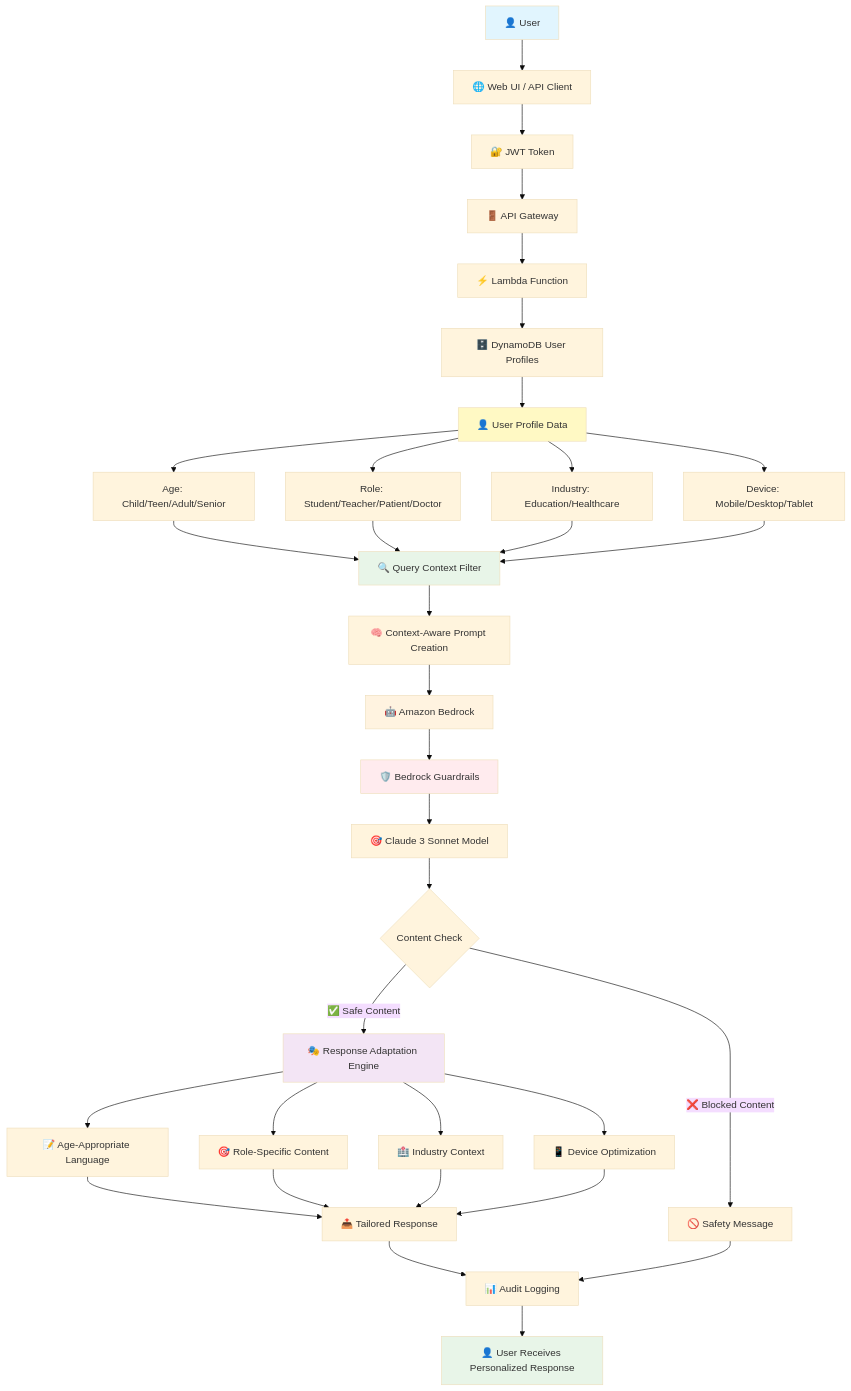
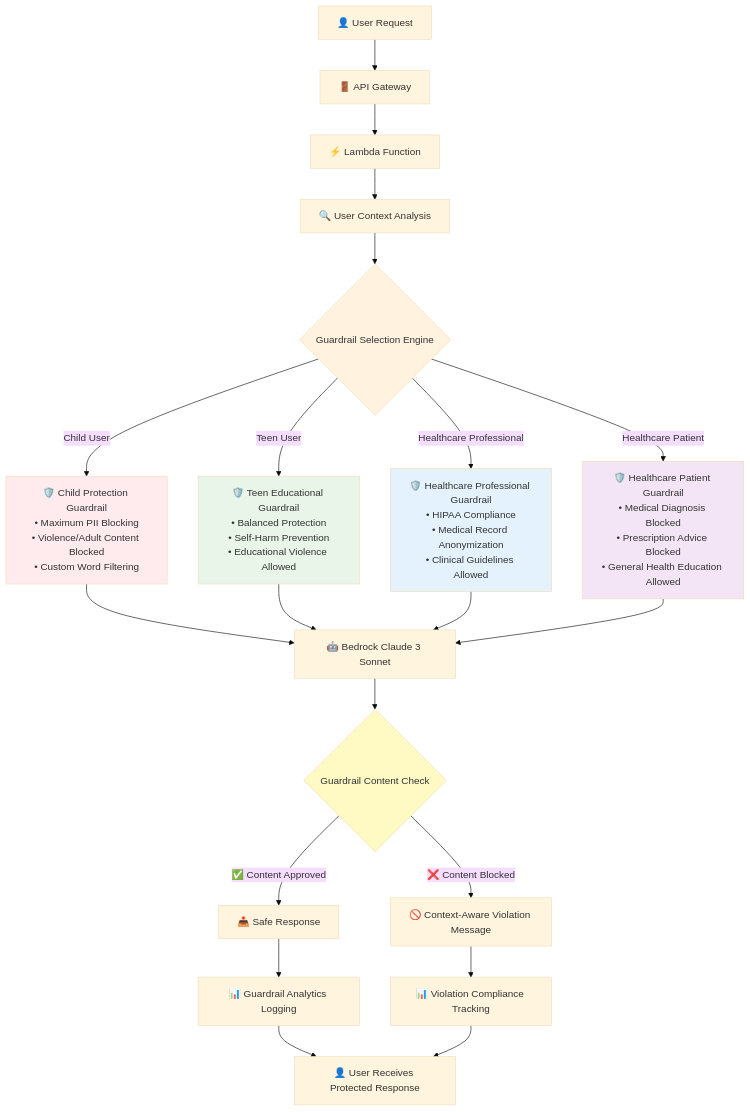
The first of 2 diagrams in README.md (aws-samples/sample-age-responsive-context-aware-ai-bedrock-guardrails), drawn with Mermaid (base theme) before and after one commit. The commit also changed other lines of this file and 59 other files, not shown here.

````diff
--- a/README.md
+++ b/README.md
@@ -102,49 +134,39 @@
 ```mermaid
 graph TD
-    A[👤 User] --> B[🌐 Web UI / API Client]
-    B --> C[🔐 JWT Token]
-    C --> D[🚪 API Gateway]
-    D --> E[⚡ Lambda Function]
-    E --> F[🗄️ DynamoDB User Profiles]
-    F --> G[👤 User Profile Data]
-    G --> H[Age: Child/Teen/Adult/Senior]
-    G --> I[Role: Student/Teacher/Patient/Doctor]
-    G --> J[Industry: Education/Healthcare]
-    G --> K[Device: Mobile/Desktop/Tablet]
+    A[👤 User Request] --> B[🚪 API Gateway]
+    B --> C[⚡ Lambda Function]
+    C --> D[🔍 User Context Analysis]
     
-    H --> L[🔍 Query Context Filter]
-    I --> L
-    J --> L
-    K --> L
+    D --> E{Guardrail Selection Engine}
     
-    L --> M[🧠 Context-Aware Prompt Creation]
-    M --> N[🤖 Amazon Bedrock]
-    N --> O[🛡️ Bedrock Guardrails]
-    O --> P[🎯 Claude 3 Sonnet Model]
-    P --> Q{Content Check}
+    E -->|Child User| F[🛡️ Child Protection Guardrail<br/>• Maximum PII Blocking<br/>• Violence/Adult Content Blocked<br/>• Custom Word Filtering]
     
-    Q -->|✅ Safe Content| R[🎭 Response Adaptation Engine]
-    Q -->|❌ Blocked Content| S[🚫 Safety Message]
+    E -->|Teen User| G[🛡️ Teen Educational Guardrail<br/>• Balanced Protection<br/>• Self-Harm Prevention<br/>• Educational Violence Allowed]
     
-    R --> T[📝 Age-Appropriate Language]
-    R --> U[🎯 Role-Specific Content]
-    R --> V[🏥 Industry Context]
-    R --> W[📱 Device Optimization]
+    E -->|Healthcare Professional| H[🛡️ Healthcare Professional Guardrail<br/>• HIPAA Compliance<br/>• Medical Record Anonymization<br/>• Clinical Guidelines Allowed]
     
-    T --> X[📤 Tailored Response]
-    U --> X
-    V --> X
-    W --> X
+    E -->|Healthcare Patient| I[🛡️ Healthcare Patient Guardrail<br/>• Medical Diagnosis Blocked<br/>• Prescription Advice Blocked<br/>• General Health Education Allowed]
     
-    X --> Y[📊 Audit Logging]
-    S --> Y
-    Y --> Z[👤 User Receives Personalized Response]
+    F --> J[🤖 Bedrock Claude 3 Sonnet]
+    G --> J
+    H --> J
+    I --> J
     
-    style A fill:#e1f5fe
-    style G fill:#fff9c4
-    style L fill:#e8f5e8
-    style R fill:#f3e5f5
-    style N fill:#fff3e0
-    style O fill:#ffebee
-    style Z fill:#e8f5e8
+    J --> K{Guardrail Content Check}
+    
+    K -->|✅ Content Approved| L[📤 Safe Response]
+    K -->|❌ Content Blocked| M[🚫 Context-Aware Violation Message]
+    
+    L --> N[📊 Guardrail Analytics Logging]
+    M --> O[📊 Violation Compliance Tracking]
+    
+    N --> P[👤 User Receives Protected Response]
+    O --> P
+    
+    style E fill:#fff3e0
+    style F fill:#ffebee
+    style G fill:#e8f5e8
+    style H fill:#e3f2fd
+    style I fill:#f3e5f5
+    style K fill:#fff9c4
 ```
````
